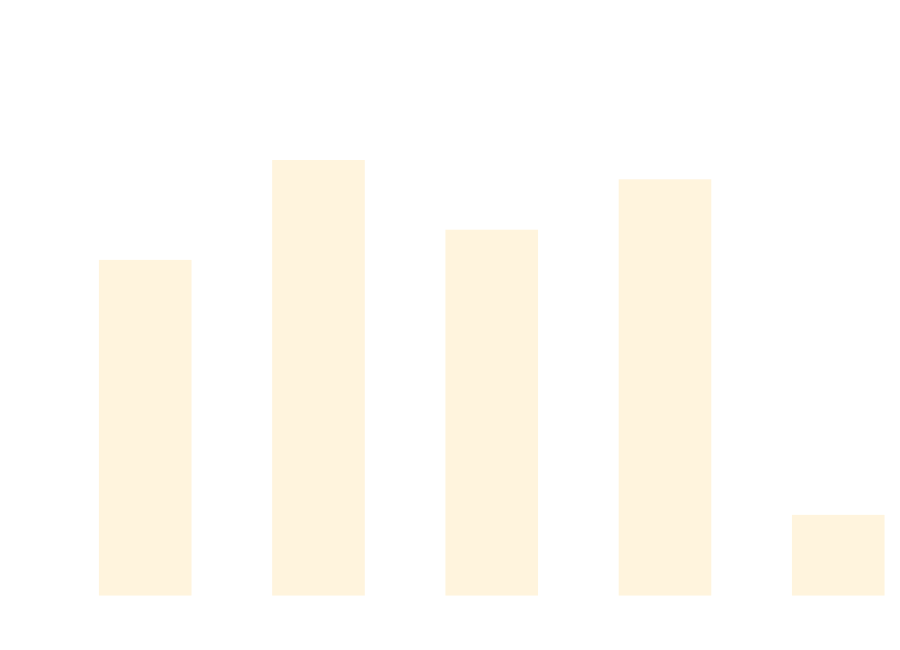
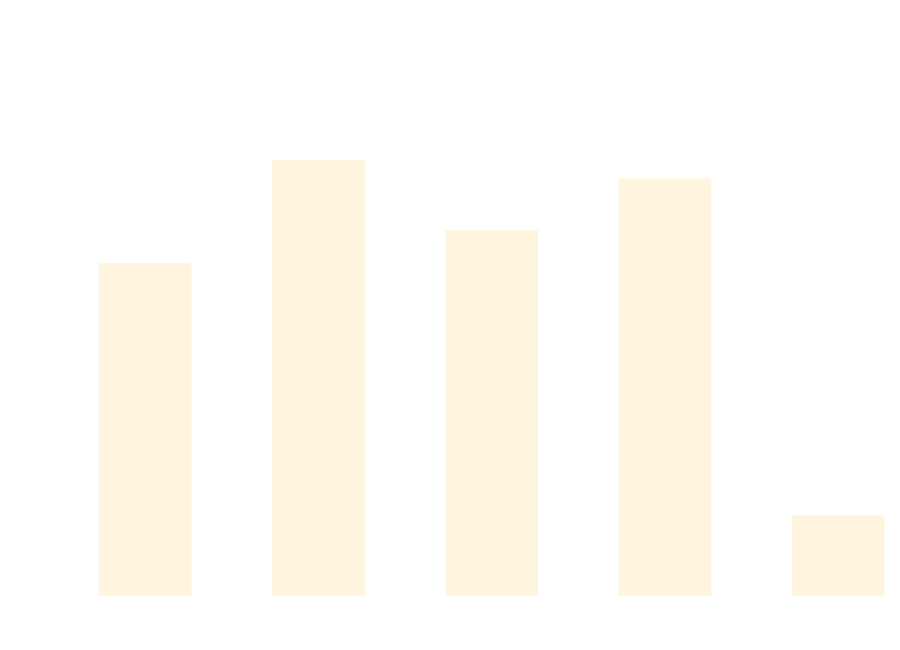
The diagram in docs/docs/benchmarks/AsyncTests.md (thomhurst/TUnit), drawn with Mermaid before and after one commit. The commit also changed other lines of this file and 17 other files, not shown here.

````diff
--- a/docs/docs/benchmarks/AsyncTests.md
+++ b/docs/docs/benchmarks/AsyncTests.md
@@ -27,37 +27,37 @@
 ```mermaid
 %%{init: {
   'theme':'base',
   'themeVariables': {
     'primaryColor': '#2563eb',
     'primaryTextColor': '#ffffff',
     'primaryBorderColor': '#1e40af',
     'lineColor': '#6b7280',
     'secondaryColor': '#7c3aed',
     'tertiaryColor': '#dc2626',
     'background': '#ffffff',
     'mainBkg': '#2563eb',
     'secondBkg': '#7c3aed',
     'tertiaryBkg': '#dc2626',
     'clusterBkg': '#f3f4f6',
     'edgeLabelBackground': '#ffffff',
     'tertiaryTextColor': '#1f2937',
     'pie1': '#2563eb',
     'pie2': '#7c3aed',
     'pie3': '#dc2626',
     'pie4': '#f59e0b',
     'pie5': '#10b981',
     'pie6': '#06b6d4',
     'pie7': '#ec4899',
     'pie8': '#6366f1',
     'pie9': '#84cc16',
     'pie10': '#f97316',
     'pie11': '#14b8a6',
     'pie12': '#a855f7'
   }
 }}%%
 xychart-beta
   title "AsyncTests Performance Comparison"
   x-axis ["TUnit", "NUnit", "MSTest", "xUnit3", "TUnit_AOT"]
-  y-axis "Time (ms)" 0 --> 895
-  bar [570.5, 745.3, 623.3, 711.5, 124.1]
+  y-axis "Time (ms)" 0 --> 905
+  bar [571, 753.9, 629.2, 721.1, 124.4]
 ```
````
